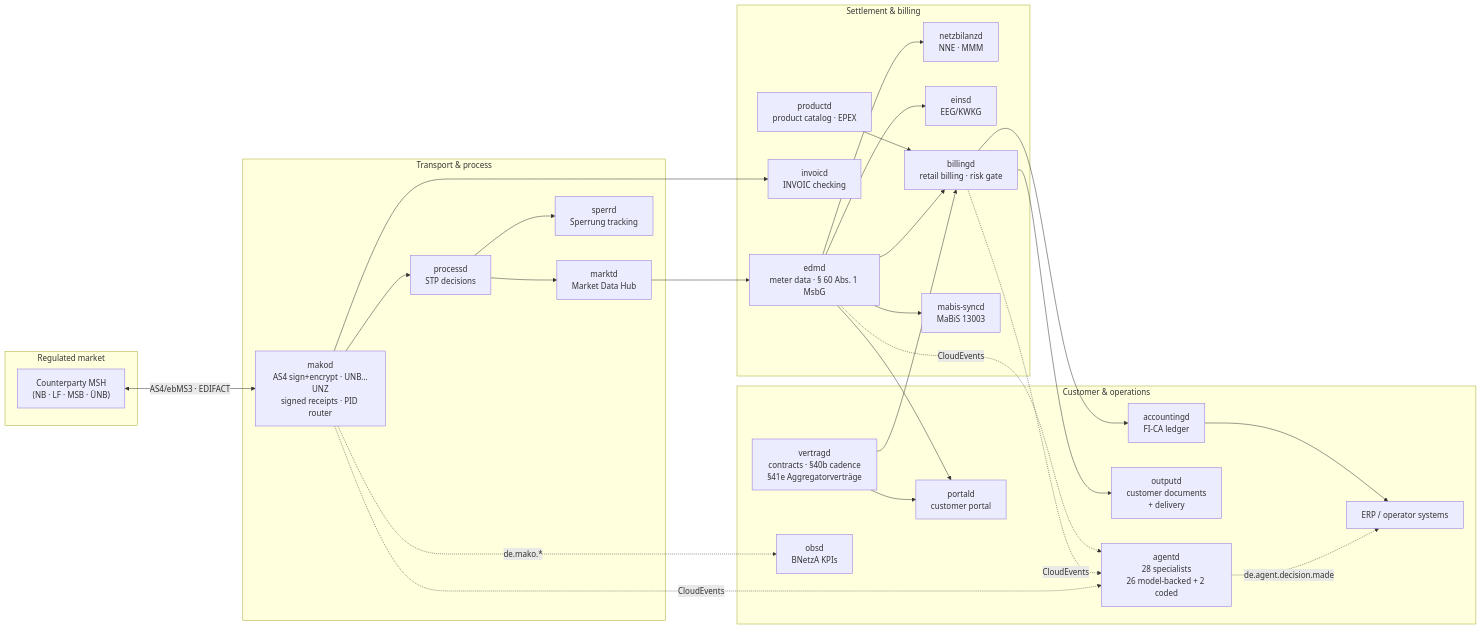
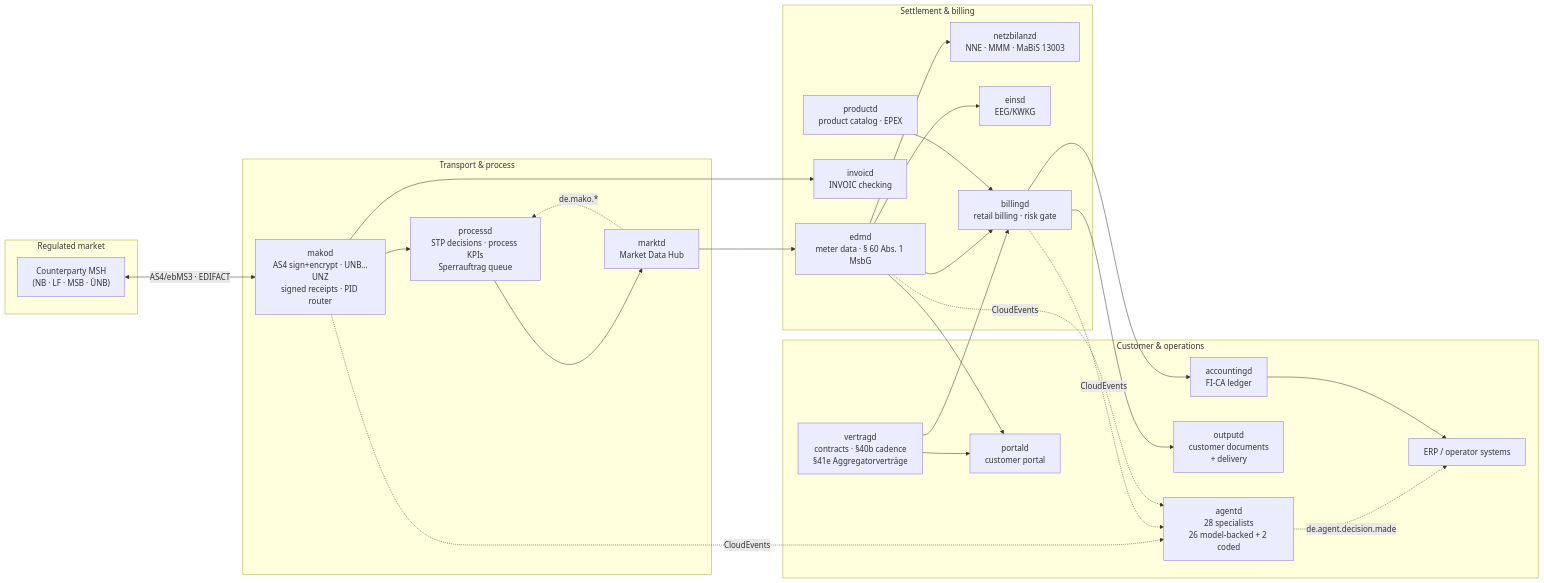
The diagram in README.md (hupe1980/mako), drawn with Mermaid before and after one commit. The commit also changed other lines of this file and 551 other files, not shown here.

````diff
--- a/README.md
+++ b/README.md
@@ -64,48 +64,44 @@
 ```mermaid
 flowchart LR
     subgraph Market["Regulated market"]
         MP["Counterparty MSH<br/>(NB · LF · MSB · ÜNB)"]
     end
 
     subgraph Transport["Transport & process"]
         MAKOD["makod<br/>AS4 sign+encrypt · UNB…UNZ<br/>signed receipts · PID router"]
-        PROCESSD["processd<br/>STP decisions"]
+        PROCESSD["processd<br/>STP decisions · process KPIs<br/>Sperrauftrag queue"]
         MARKTD["marktd<br/>Market Data Hub"]
-        SPERRD["sperrd<br/>Sperrung tracking"]
     end
 
     subgraph Settlement["Settlement & billing"]
         EDMD["edmd<br/>meter data · § 60 Abs. 1 MsbG"]
-        NETZB["netzbilanzd<br/>NNE · MMM"]
+        NETZB["netzbilanzd<br/>NNE · MMM · MaBiS 13003"]
         EINSD["einsd<br/>EEG/KWKG"]
         BILLINGD["billingd<br/>retail billing · risk gate"]
         INVOICD["invoicd<br/>INVOIC checking"]
-        MABIS["mabis-syncd<br/>MaBiS 13003"]
         PRODUCTD["productd<br/>product catalog · EPEX"]
     end
 
     subgraph Business["Customer & operations"]
         VERTRAGD["vertragd<br/>contracts · §40b cadence<br/>§41e Aggregatorverträge"]
         ACCOUNTINGD["accountingd<br/>FI-CA ledger"]
         OUTPUTD["outputd<br/>customer documents<br/>+ delivery"]
         PORTALD["portald<br/>customer portal"]
-        OBSD["obsd<br/>BNetzA KPIs"]
         AGENTD["agentd<br/>28 specialists<br/>26 model-backed + 2 coded"]
         ERP["ERP / operator systems"]
     end
 
     MP <-->|"AS4/ebMS3 · EDIFACT"| MAKOD
     MAKOD --> PROCESSD --> MARKTD
-    MARKTD --> EDMD --> NETZB & EINSD & BILLINGD & MABIS
+    MARKTD --> EDMD --> NETZB & EINSD & BILLINGD
     MAKOD --> INVOICD
     PRODUCTD --> BILLINGD
     BILLINGD --> ACCOUNTINGD
     BILLINGD --> OUTPUTD
     VERTRAGD --> BILLINGD
-    PROCESSD --> SPERRD
     EDMD & VERTRAGD --> PORTALD
-    MAKOD -.->|"de.mako.*"| OBSD
+    MARKTD -.->|"de.mako.*"| PROCESSD
     MAKOD & BILLINGD & EDMD -.->|"CloudEvents"| AGENTD
     AGENTD -.->|"de.agent.decision.made"| ERP
     ACCOUNTINGD --> ERP
 ```
````
